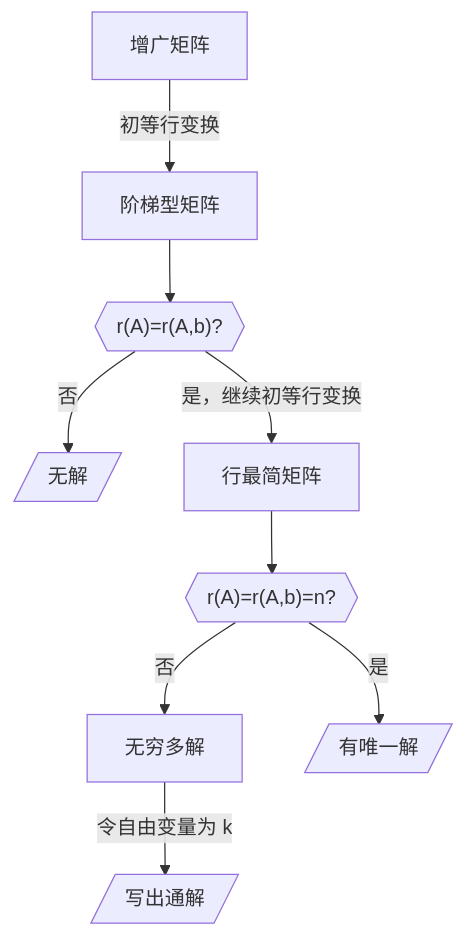
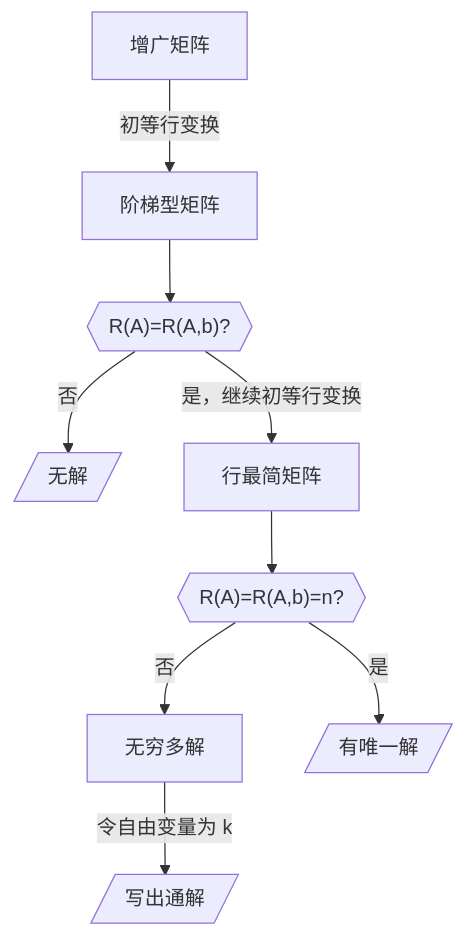
Before and after one commit to Linho1219/LinhoNotes: the diagram in 线性代数/3 矩阵初等变换与线性方程组/3.3 用矩阵解线性方程组.md, drawn with Mermaid. The commit also changed other lines of this file and 4 other files, not shown here.

````diff
--- a/线性代数/3 矩阵初等变换与线性方程组/3.3 用矩阵解线性方程组.md
+++ b/线性代数/3 矩阵初等变换与线性方程组/3.3 用矩阵解线性方程组.md
@@ -81,11 +81,11 @@
 ```mermaid
 flowchart TD
 增广矩阵 --初等行变换--> 阶梯型矩阵
-阶梯型矩阵 --> c1{{"r(A)=r(A,b)?"}}
+阶梯型矩阵 --> c1{{"R(A)=R(A,b)?"}}
 c1 --否--> o1[/无解/]
 c1 --是，继续初等行变换--> 行最简矩阵
-行最简矩阵 --> c2{{"r(A)=r(A,b)=n?"}}
+行最简矩阵 --> c2{{"R(A)=R(A,b)=n?"}}
 c2 --否--> 无穷多解
 c2 --是--> o3[/有唯一解/]
 无穷多解 --令自由变量为 k--> o2[/写出通解/]
 ```
````
